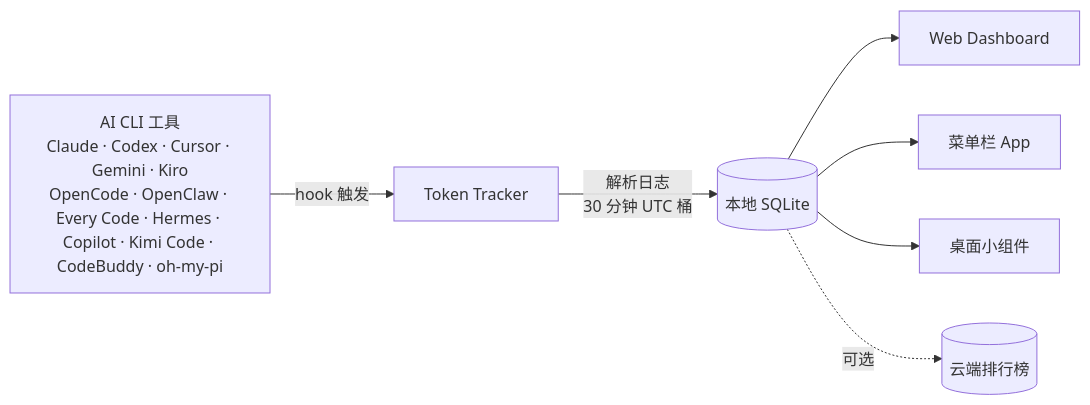
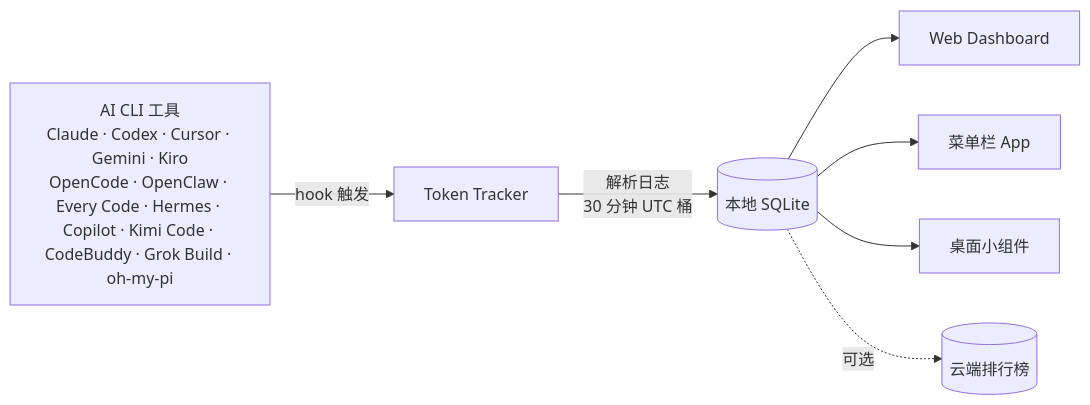
One commit to mm7894215/TokenTracker changed the diagram in README.zh-CN.md. Above: the diagram before and after it, drawn with Mermaid. The commit also changed other lines of this file and 3 other files, not shown here.

````diff
--- a/README.zh-CN.md
+++ b/README.zh-CN.md
@@ -188,10 +190,10 @@
 ```mermaid
 flowchart LR
-    A["AI CLI 工具<br/>Claude · Codex · Cursor · Gemini · Kiro<br/>OpenCode · OpenClaw · Every Code · Hermes · Copilot · Kimi Code · CodeBuddy · oh-my-pi"]
+    A["AI CLI 工具<br/>Claude · Codex · Cursor · Gemini · Kiro<br/>OpenCode · OpenClaw · Every Code · Hermes · Copilot · Kimi Code · CodeBuddy · Grok Build · oh-my-pi"]
     A -->|hook 触发| B[Token Tracker]
     B -->|解析日志<br/>30 分钟 UTC 桶| C[(本地 SQLite)]
     C --> D[Web Dashboard]
     C --> E[菜单栏 App]
     C --> F[桌面小组件]
     C -.->|可选| G[(云端排行榜)]
 ```
````
